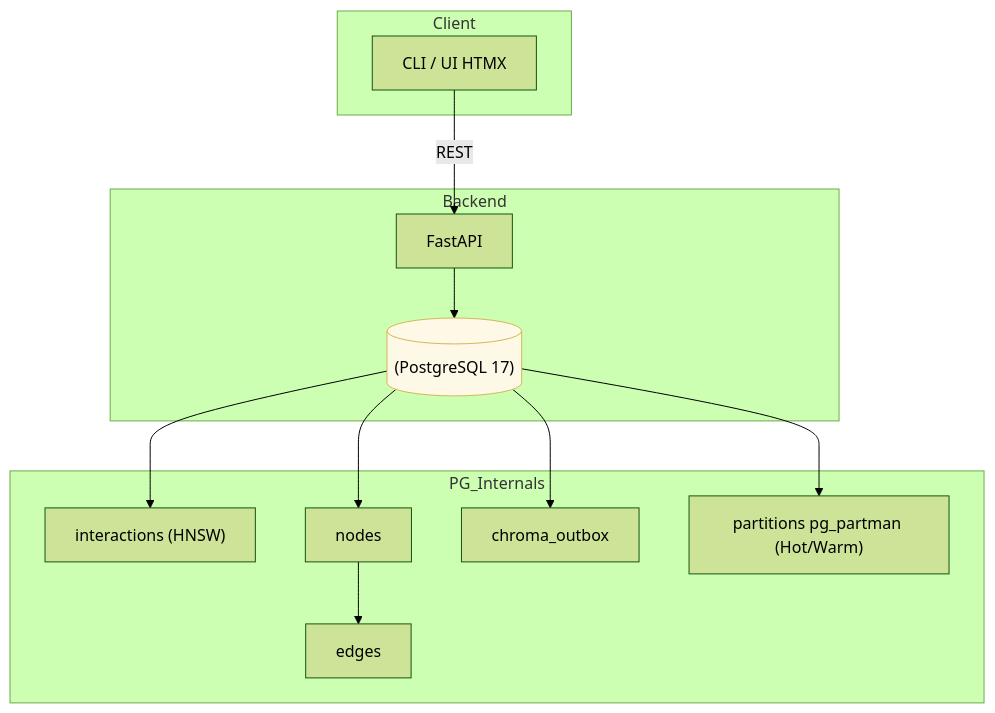
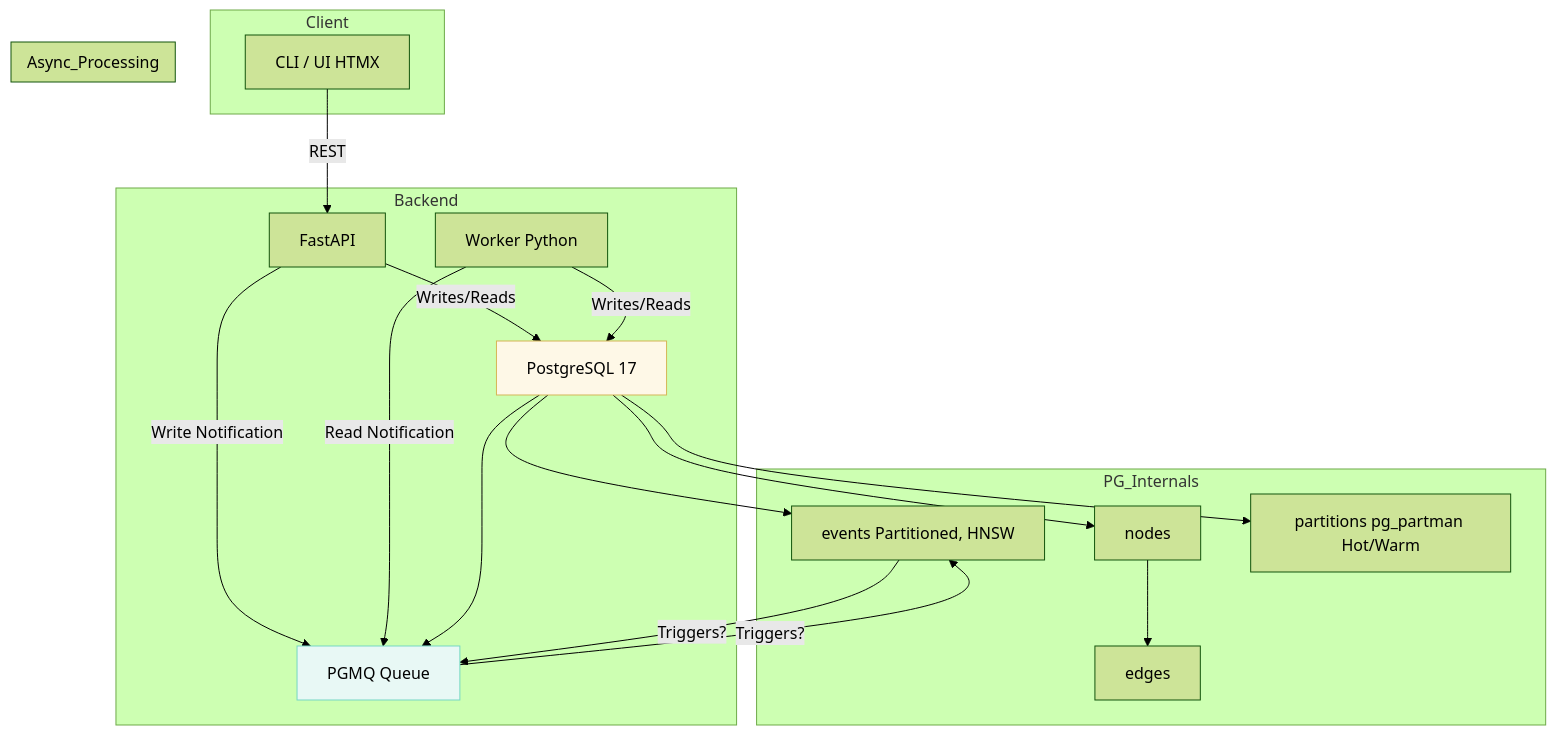
One commit to giak/mnemo-lite changed the first of 2 diagrams in docs/Project Foundation Document.md. Above: the diagram before and after it, drawn with Mermaid (forest theme). The commit also changed other lines of this file and 6 other files, not shown here.

````diff
--- a/docs/Project Foundation Document.md
+++ b/docs/Project Foundation Document.md
@@ -63,21 +64,28 @@
 ```mermaid
 flowchart TD
   subgraph Client
     A[CLI / UI HTMX]
   end
   subgraph Backend
     A -->|REST| API[FastAPI]
-    API --> PG[("(PostgreSQL 17)")]
-    %% Removed Otel Exporter
+    API -->|Writes/Reads| PG[ PostgreSQL 17]
+    API -->|Write Notification| PGMQ[PGMQ Queue]
+    Worker -->|Read Notification| PGMQ
+    Worker -->|Writes/Reads| PG
   end
   subgraph PG_Internals
-    PG --> I["interactions (HNSW)"]
+    PG --> EV["events Partitioned, HNSW"]
     PG --> N[nodes]
     N --> E[edges]
-    PG --> O[chroma_outbox]
-    %% Potentially for internal async tasks
-    PG --> P["partitions pg_partman (Hot/Warm)"]
+    PG --> PGMQ -- Triggers? --> EV -- Triggers? --> PGMQ
+    PG --> Partitions["partitions pg_partman Hot/Warm"]
     %% Removed Archive S3
+    %% Removed chroma_outbox, replaced by PGMQ interaction flow
   end
+  subgraph Async_Processing
+     Worker[Worker Python]
+  end
+
   style PG fill:#fef8e7,stroke:#d6b656,stroke-width:1px
+  style PGMQ fill:#e8f8f5,stroke:#76d7c4,stroke-width:1px
 ```
````
